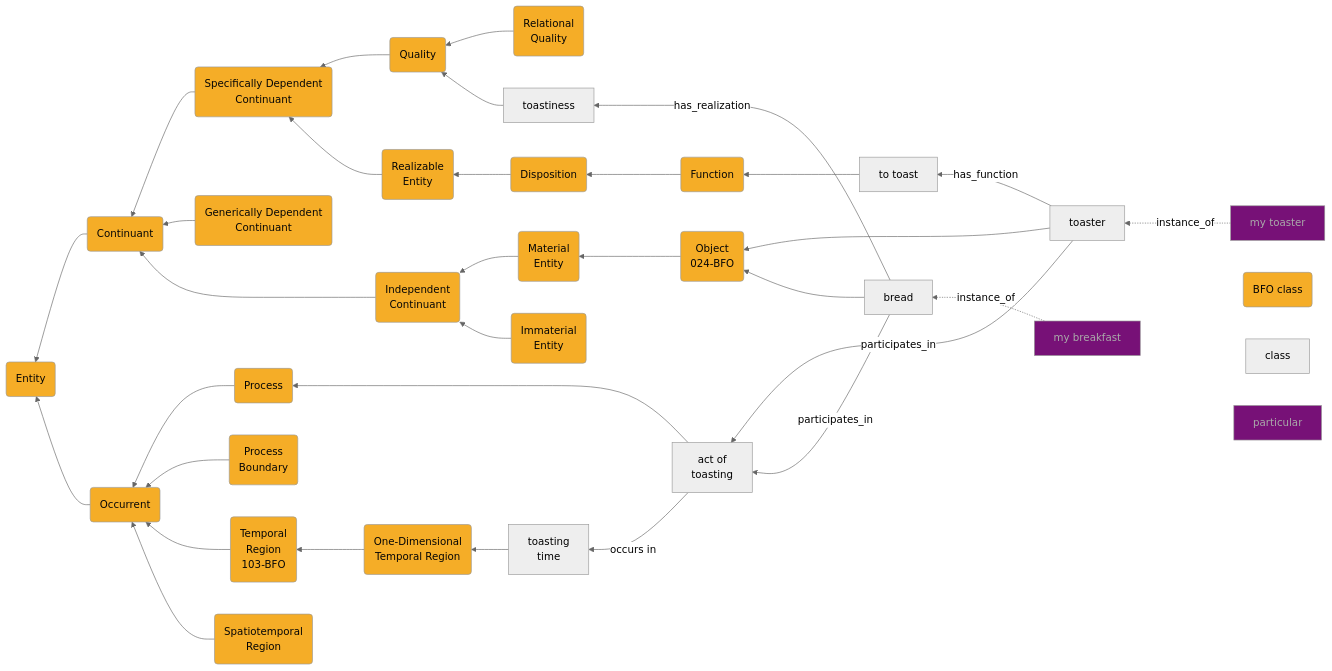
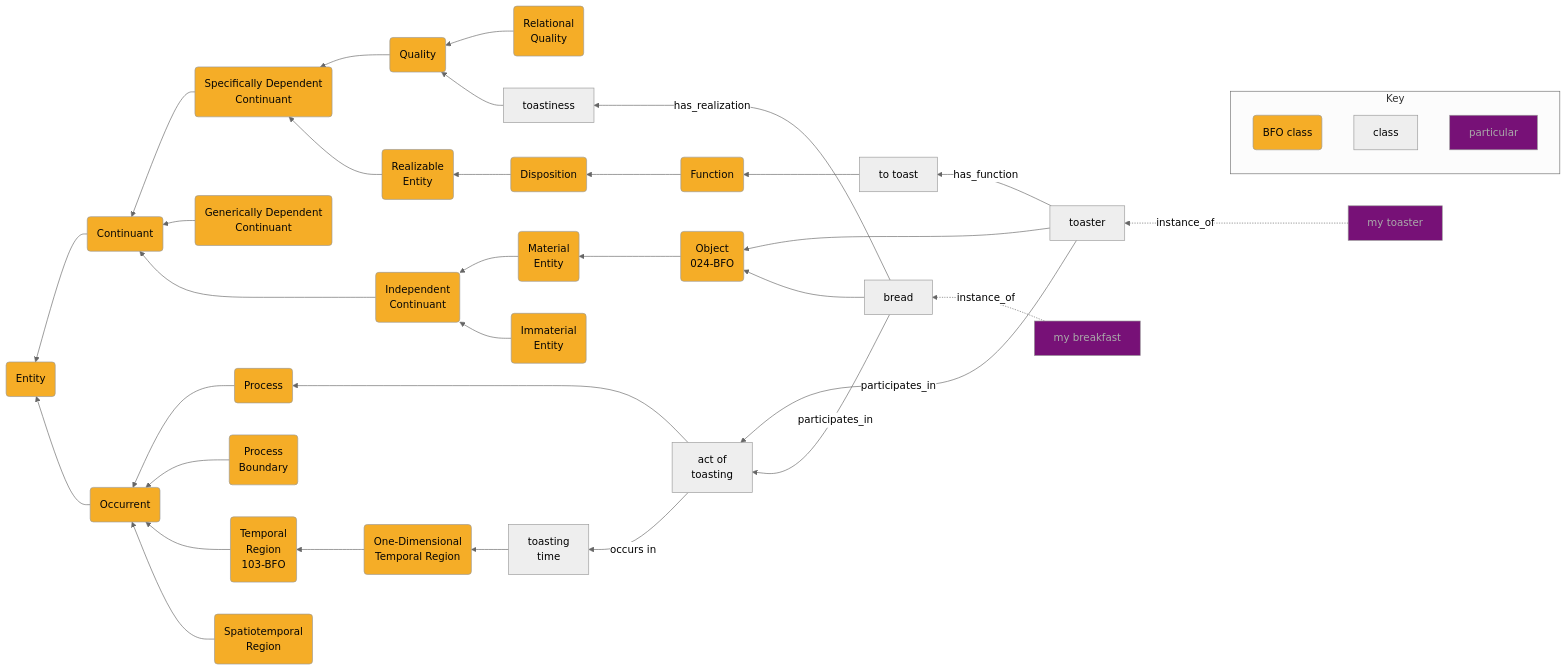
The diagram in design-patterns/pattern1.md (John-D-4/design-patterns), drawn with Mermaid (neutral theme) before and after one commit. The commit also changed other lines of this file, not shown here.

````diff
--- a/design-patterns/pattern1.md
+++ b/design-patterns/pattern1.md
@@ -40,59 +47,59 @@
  ```mermaid
 
 graph RL
 
 	B(Continuant)-->A(Entity):::BFO
 	D(Specifically Dependent<br> Continuant)-->B(Continuant):::BFO
 	E(Generically Dependent<br> Continuant):::BFO-->B(Continuant)
 	F(Independent<br> Continuant)-->B(Continuant)
 	G(Material Entity)-->F(Independent<br> Continuant):::BFO
 	H(Immaterial<br> Entity):::BFO-->F(Independent<br> Continuant)
 	I(Quality):::BFO-->D(Specifically Dependent<br> Continuant):::BFO
 	J(Realizable<br> Entity):::BFO-->D(Specifically Dependent<br> Continuant)
 	K(Relational<br> Quality):::BFO-->I(Quality):::BFO
 
 	M(Disposition):::BFO-->J(Realizable<br> Entity)
 	N(Function):::BFO-->M(Disposition)
 
 
 	Z(Object<br />024-BFO):::BFO-->G(Material<br> Entity):::BFO
 	C(Occurrent):::BFO-->A(Entity):::BFO
 	AA(Process):::BFO-->C(Occurrent):::BFO
 	AB(Process<br> Boundary):::BFO-->C(Occurrent)
 	AC(Temporal<br> Region):::BFO-->C(Occurrent)
 	AD(Spatiotemporal<br> Region):::BFO-->C(Occurrent)
 	
 	AI(One-Dimensional<br> Temporal Region):::BFO-->AC(Temporal<br> Region<br />103-BFO):::BFO
 	
 	IA[toastiness] --> I
 		
     	ZA[toaster] --> Z
 	
 	
 	ZA -- has_function --> NA
 		ZAA[my toaster]:::p -. instance_of .-> ZA
 		ZA -- participates_in --> AAA
 	ZB[bread] --> Z
 		ZBA[my breakfast]:::p -. instance_of .-> ZB
 	ZB -- has_realization --> IA
 		AAA[act of<br />toasting] --> AA(Process)
 		AAA -- occurs in --> AFA
 		ZB -- participates_in --> AAA
 		
 	
 	NA[to toast] --> N(Function)
 	
 		AFA[toasting<br />time] --> AI
 
 
 
-
+subgraph Key
 K00(BFO class):::BFO
 K01[class]
 K02[particular]:::p
-
+end
     classDef BFO fill:#F5AD27,color:#060606
     classDef p fill:#771177,color:#AAAAAA
 
 	
 ```
````
